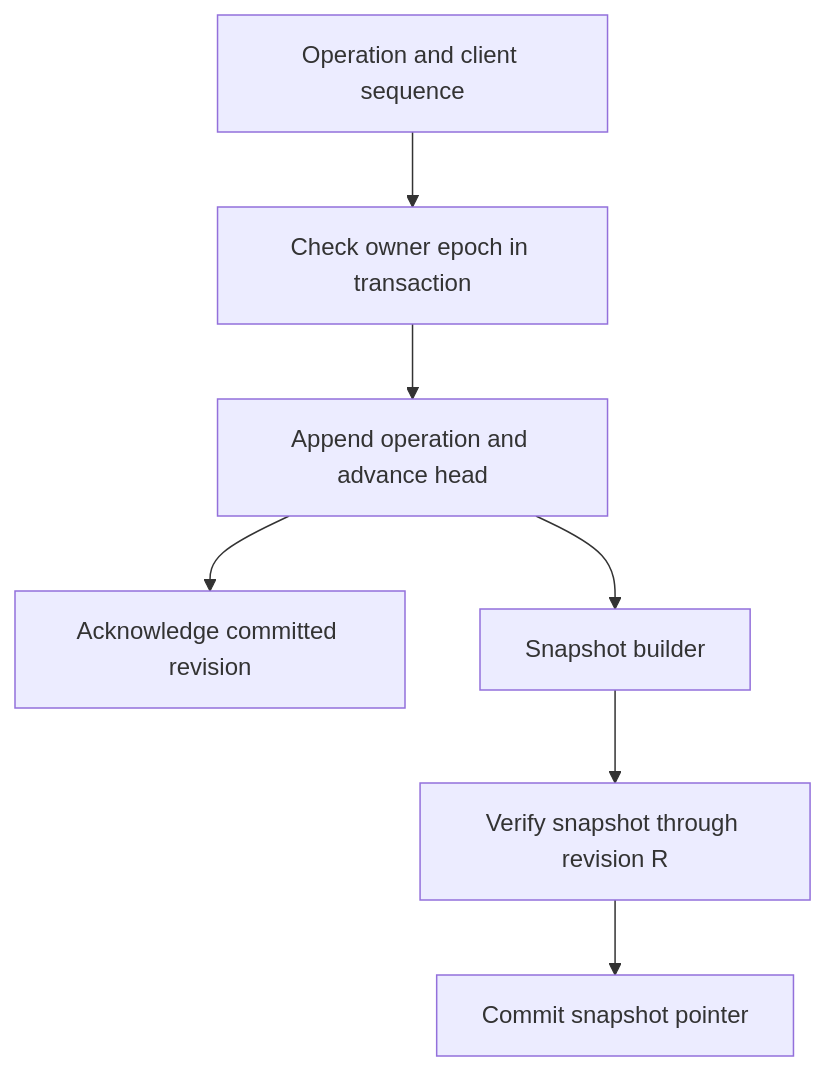
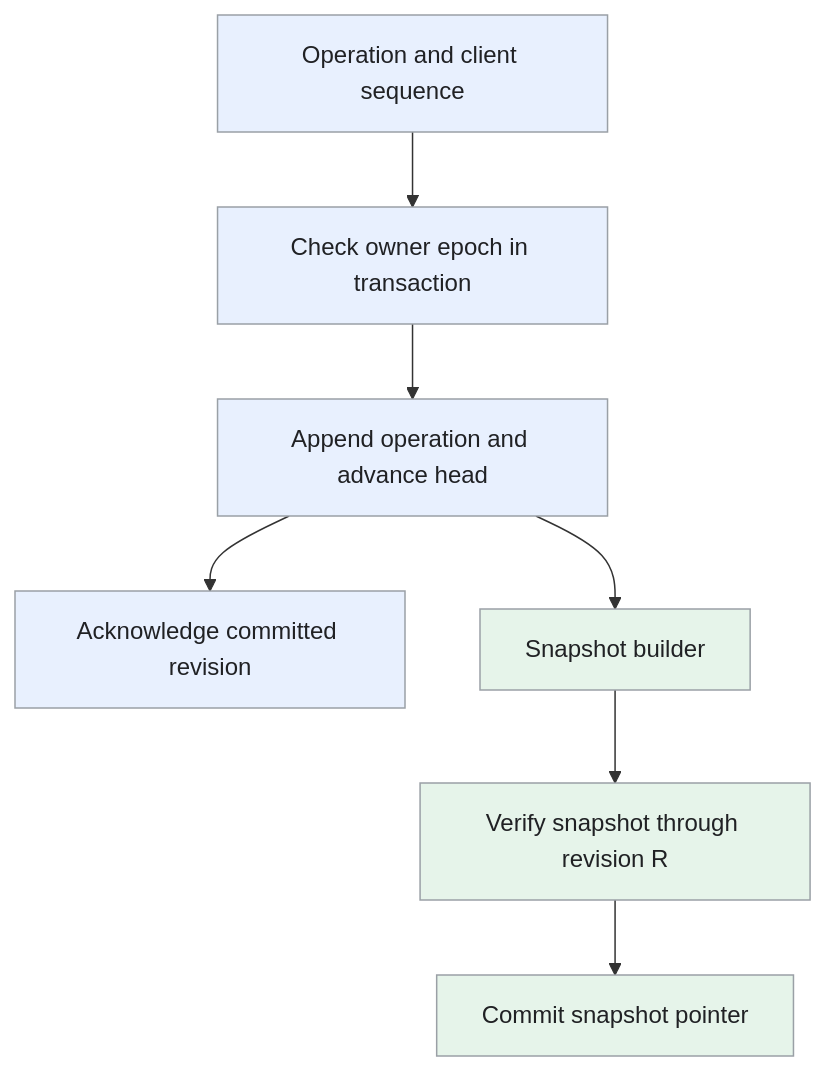
One commit to iliazlobin/iliazlobin.github.io changed the fourth of 4 diagrams in _designs/system-design-google-docs.md. Above: the diagram before and after it, drawn with Mermaid. The commit also changed other lines of this file and 20 other files, not shown here.

Commit message:
Improve design flows, tradeoffs, and technology references

````diff
--- a/_designs/system-design-google-docs.md
+++ b/_designs/system-design-google-docs.md
@@ -269,9 +317,14 @@
 ```mermaid
 flowchart TB
   O["Operation and client sequence"] --> T["Check owner epoch in transaction"]
   T --> C["Append operation and advance head"]
   C --> A["Acknowledge committed revision"]
   C --> S["Snapshot builder"]
   S --> V["Verify snapshot through revision R"]
   V --> P["Commit snapshot pointer"]
+  classDef request fill:#e8f0fe,stroke:#9aa0a6,color:#202124,stroke-width:1px
+  classDef background fill:#e6f4ea,stroke:#9aa0a6,color:#202124,stroke-width:1px
+  classDef control fill:#fef7e0,stroke:#9aa0a6,color:#202124,stroke-width:1px
+  class O,T,C,A request
+  class S,V,P background
 ```
````
